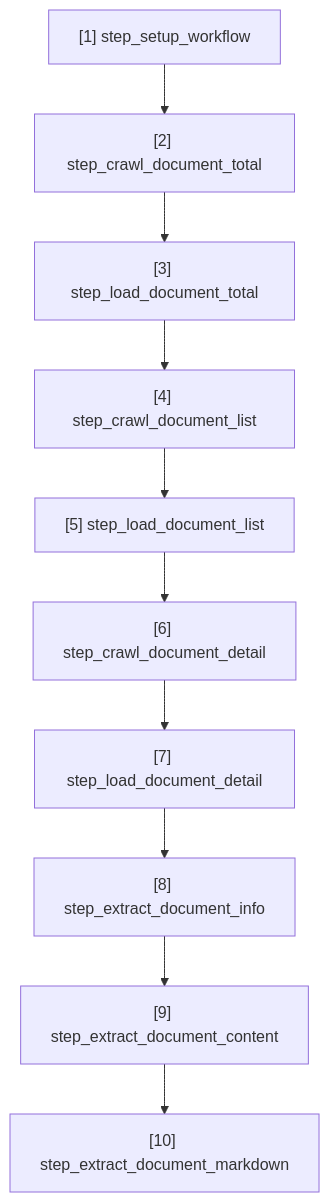
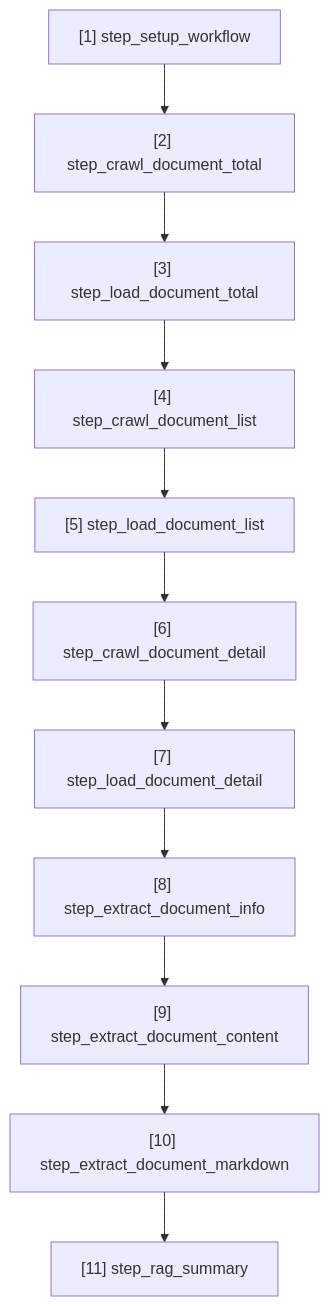
One commit to 20206205Tech/data-pipeline-vbpl changed the diagram in docs/workflow.md. Above: the diagram before and after it, drawn with Mermaid. The commit also changed 10 other files, not shown here.

First line of the commit message:
Update workflow steps descriptions and add RAG summary step

````diff
--- a/docs/workflow.md
+++ b/docs/workflow.md
@@ -3,24 +3,26 @@
 ```mermaid
 flowchart TD
     N1["[1] step_setup_workflow"]
     N2["[2] step_crawl_document_total"]
     N3["[3] step_load_document_total"]
     N4["[4] step_crawl_document_list"]
     N5["[5] step_load_document_list"]
     N6["[6] step_crawl_document_detail"]
     N7["[7] step_load_document_detail"]
     N8["[8] step_extract_document_info"]
     N9["[9] step_extract_document_content"]
     N10["[10] step_extract_document_markdown"]
+    N11["[11] step_rag_summary"]
 
     %% Các liên kết
     N1 --> N2
     N2 --> N3
     N3 --> N4
     N4 --> N5
     N5 --> N6
     N6 --> N7
     N7 --> N8
     N8 --> N9
     N9 --> N10
+    N10 --> N11
 ```
````
